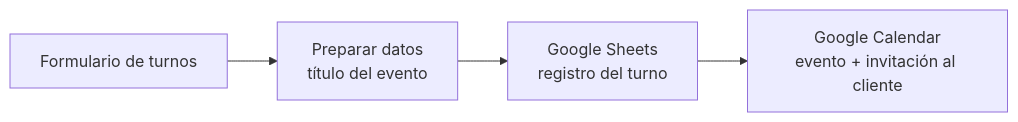
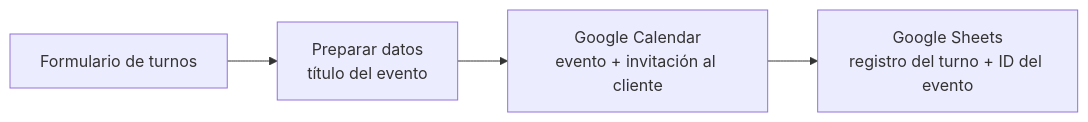
One commit to ignacioerausquin3/sistema-turnos-n8n changed the diagram in README.es.md. Above: the diagram before and after it, drawn with Mermaid. The commit also changed other lines of this file and 2 other files, not shown here.

First line of the commit message:
Create the calendar event first and store its ID in the sheet

````diff
--- a/README.es.md
+++ b/README.es.md
@@ -20,6 +20,6 @@
 ```mermaid
 flowchart LR
     A[Formulario de turnos] --> B[Preparar datos<br/>título del evento]
-    B --> C[Google Sheets<br/>registro del turno]
-    C --> D[Google Calendar<br/>evento + invitación al cliente]
+    B --> C[Google Calendar<br/>evento + invitación al cliente]
+    C --> D[Google Sheets<br/>registro del turno + ID del evento]
 ```
````
